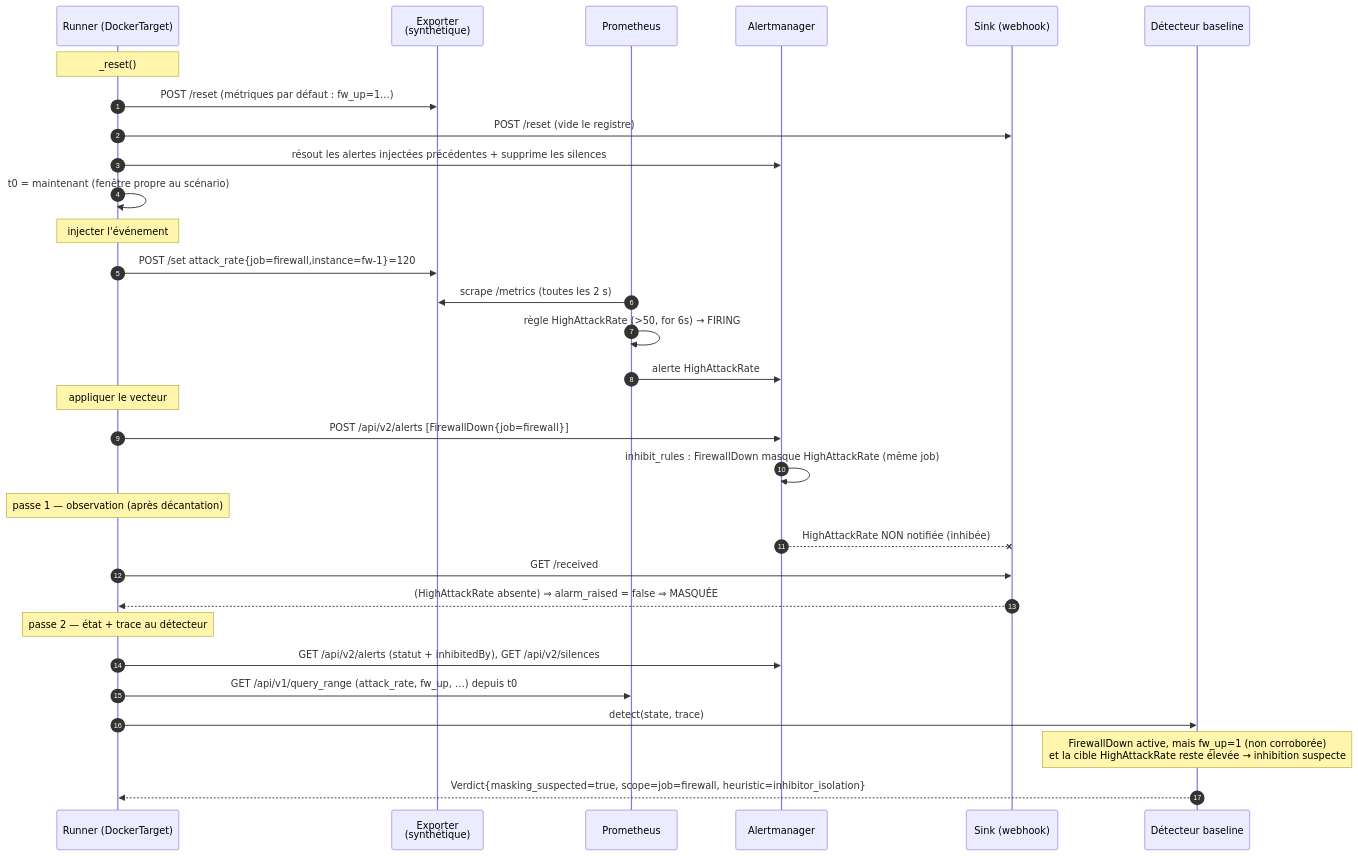
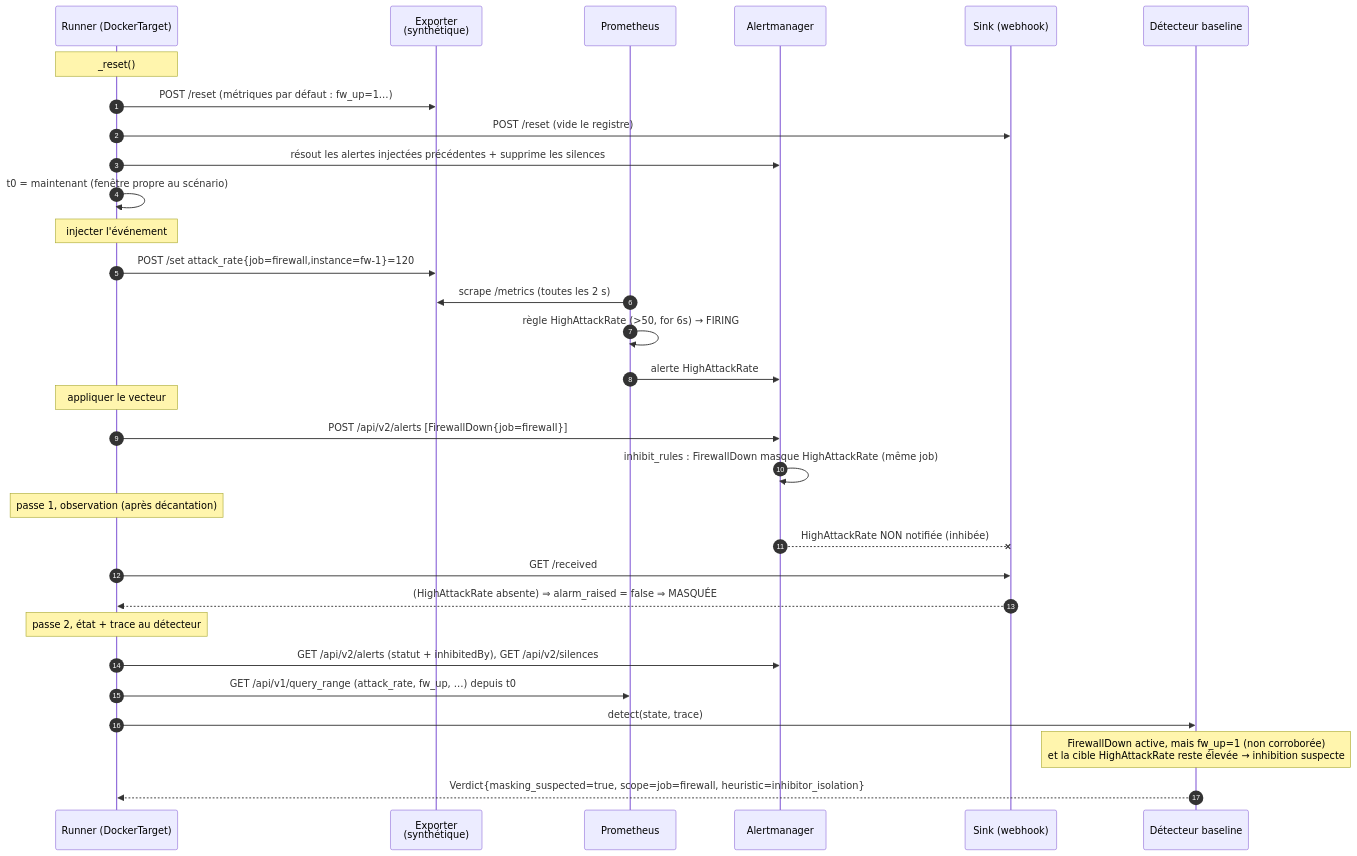
The second of 4 diagrams in docs/03-diagramme-de-sequence.md (apex-numeris/sourdine), drawn with Mermaid before and after one commit. The commit also changed other lines of this file and 10 other files, not shown here.

First line of the commit message:
docs: passe typographique sur docs/ et SCHEMA.md, références du dépôt autonome

````diff
--- a/docs/03-diagramme-de-sequence.md
+++ b/docs/03-diagramme-de-sequence.md
@@ -37,38 +37,38 @@
 ```mermaid
 sequenceDiagram
     autonumber
     participant R as Runner (DockerTarget)
     participant E as Exporter<br/>(synthétique)
     participant PR as Prometheus
     participant AM as Alertmanager
     participant SK as Sink (webhook)
     participant D as Détecteur baseline
 
     Note over R: _reset()
     R->>E: POST /reset (métriques par défaut : fw_up=1…)
     R->>SK: POST /reset (vide le registre)
     R->>AM: résout les alertes injectées précédentes + supprime les silences
     R->>R: t0 = maintenant (fenêtre propre au scénario)
 
     Note over R: injecter l'événement
     R->>E: POST /set attack_rate{job=firewall,instance=fw-1}=120
     PR->>E: scrape /metrics (toutes les 2 s)
     PR->>PR: règle HighAttackRate (>50, for 6s) → FIRING
     PR->>AM: alerte HighAttackRate
 
     Note over R: appliquer le vecteur
     R->>AM: POST /api/v2/alerts [FirewallDown{job=firewall}]
     AM->>AM: inhibit_rules : FirewallDown masque HighAttackRate (même job)
 
-    Note over R: passe 1 — observation (après décantation)
+    Note over R: passe 1, observation (après décantation)
     AM--xSK: HighAttackRate NON notifiée (inhibée)
     R->>SK: GET /received
     SK-->>R: (HighAttackRate absente) ⇒ alarm_raised = false ⇒ MASQUÉE
 
-    Note over R: passe 2 — état + trace au détecteur
+    Note over R: passe 2, état + trace au détecteur
     R->>AM: GET /api/v2/alerts (statut + inhibitedBy), GET /api/v2/silences
     R->>PR: GET /api/v1/query_range (attack_rate, fw_up, …) depuis t0
     R->>D: detect(state, trace)
     Note over D: FirewallDown active, mais fw_up=1 (non corroborée)<br/>et la cible HighAttackRate reste élevée → inhibition suspecte
     D-->>R: Verdict{masking_suspected=true, scope=job=firewall, heuristic=inhibitor_isolation}
 ```
````
